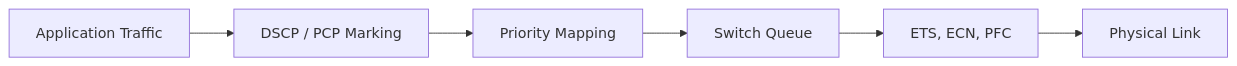
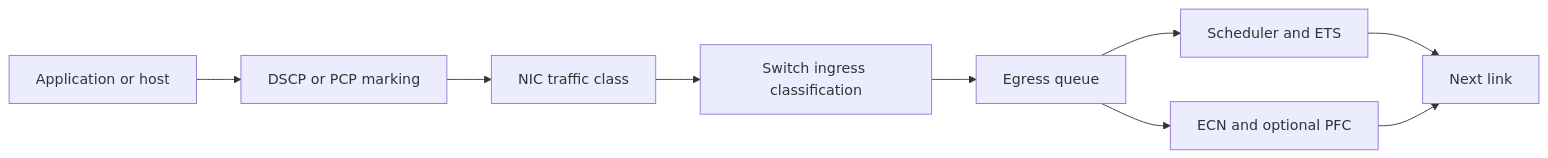
One commit to jithinpnjm/nvidia-devops changed the first of 2 diagrams in docs/nvidia-zero-to-hero/volume-09/chapter-06-data-center-bridging-and-qos.md. Above: the diagram before and after it, drawn with Mermaid. The commit also changed other lines of this file and 2 other files, not shown here.

````diff
--- a/docs/nvidia-zero-to-hero/volume-09/chapter-06-data-center-bridging-and-qos.md
+++ b/docs/nvidia-zero-to-hero/volume-09/chapter-06-data-center-bridging-and-qos.md
@@ -18,10 +36,11 @@
 ```mermaid
 flowchart LR
-    App[Application Traffic]
-    Mark[DSCP / PCP Marking]
-    Map[Priority Mapping]
-    Queue[Switch Queue]
-    Policy[ETS, ECN, PFC]
-    Link[Physical Link]
-    App --> Mark --> Map --> Queue --> Policy --> Link
+    A[Application or host] --> M[DSCP or PCP marking]
+    M --> N[NIC traffic class]
+    N --> I[Switch ingress classification]
+    I --> Q[Egress queue]
+    Q --> S[Scheduler and ETS]
+    Q --> C[ECN and optional PFC]
+    S --> L[Next link]
+    C --> L
 ```
````
